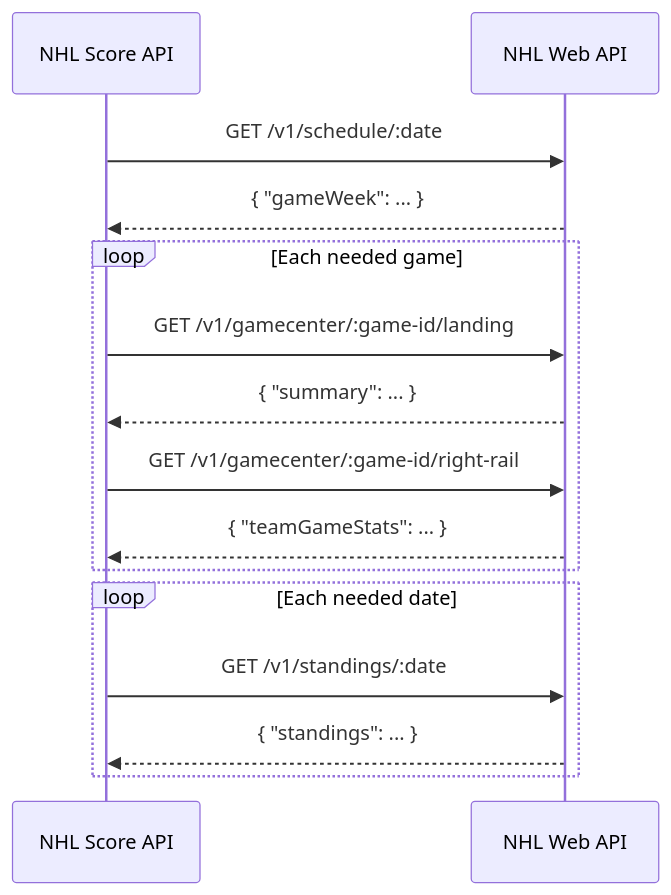
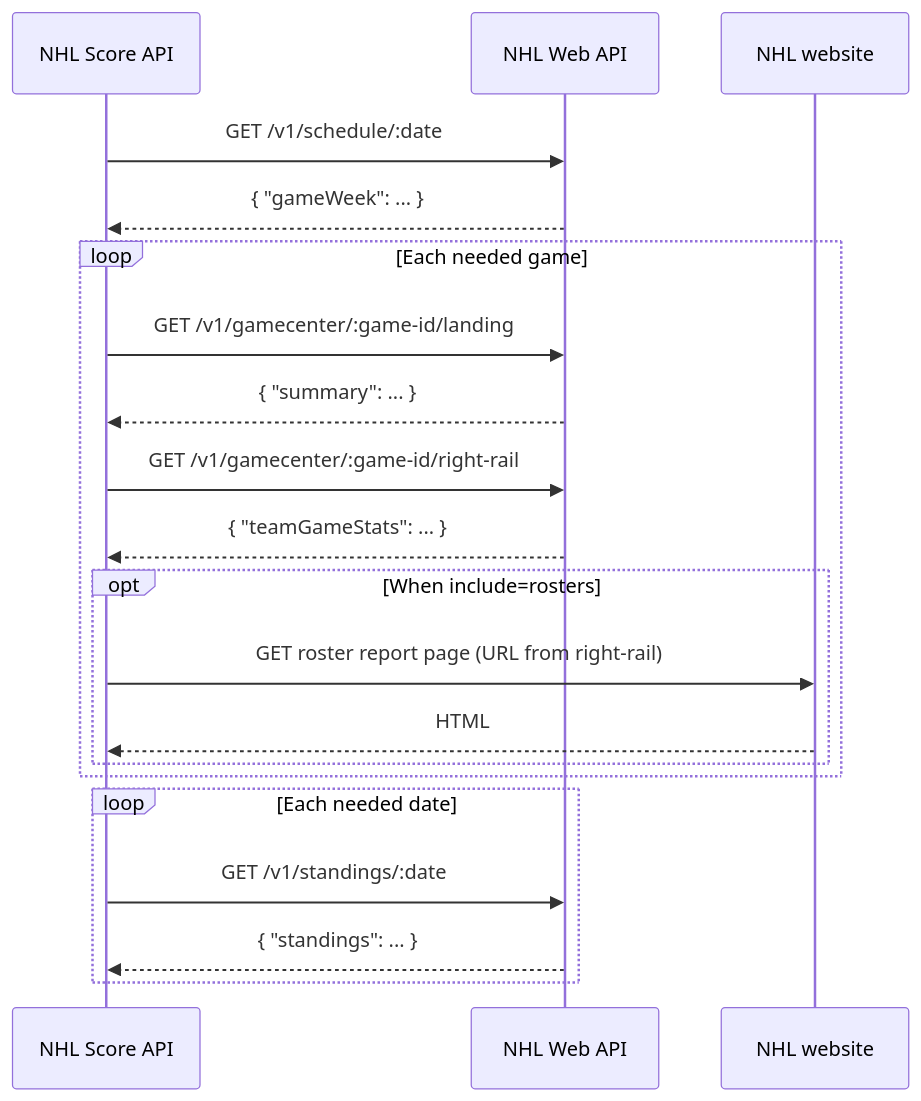
Before and after one commit to peruukki/nhl-score-api: the diagram in README.md, drawn with Mermaid.

Commit message:
Add roster report page request to data fetching sequence diagram

````diff
--- a/README.md
+++ b/README.md
@@ -34,21 +34,26 @@
 ```mermaid
 sequenceDiagram
   participant S as NHL Score API
   participant W as NHL Web API
+  participant H as NHL website
 
   S->>W: GET /v1/schedule/:date
   W-->>S: { "gameWeek": ... }
 
   loop Each needed game
     S->>W: GET /v1/gamecenter/:game-id/landing
     W-->>S: { "summary": ... }
     S->>W: GET /v1/gamecenter/:game-id/right-rail
     W-->>S: { "teamGameStats": ... }
+    opt When include=rosters
+      S->>H: GET roster report page (URL from right-rail)
+      H-->>S: HTML
+    end
   end
 
   loop Each needed date
     S->>W: GET /v1/standings/:date
     W-->>S: { "standings": ... }
   end
 
 ```
````
